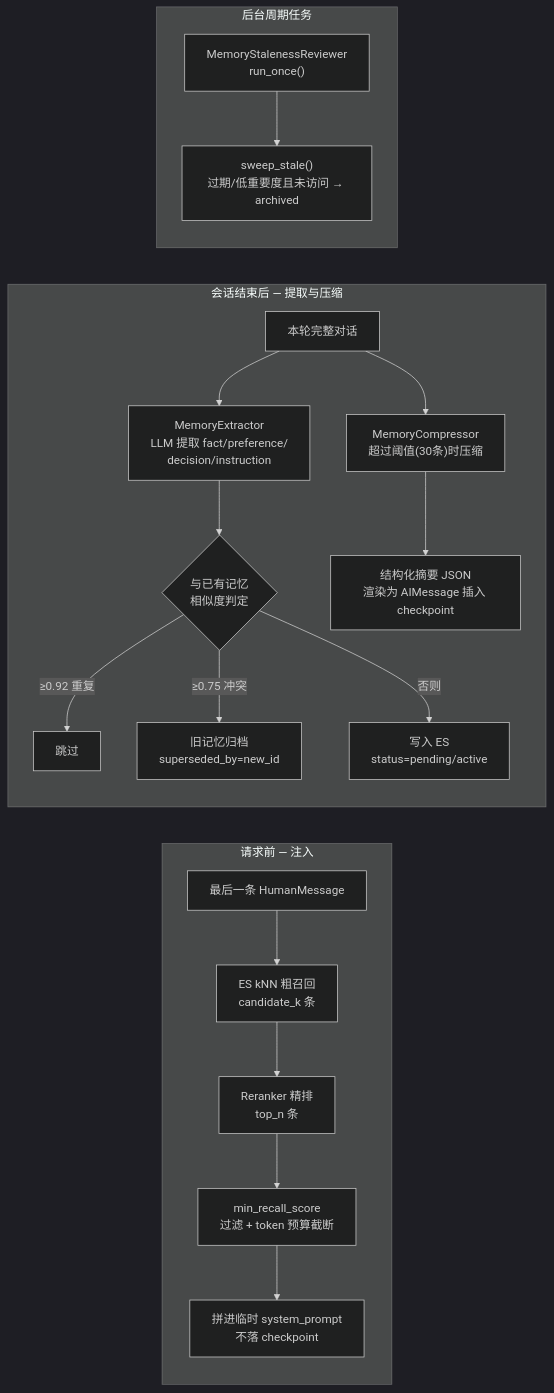
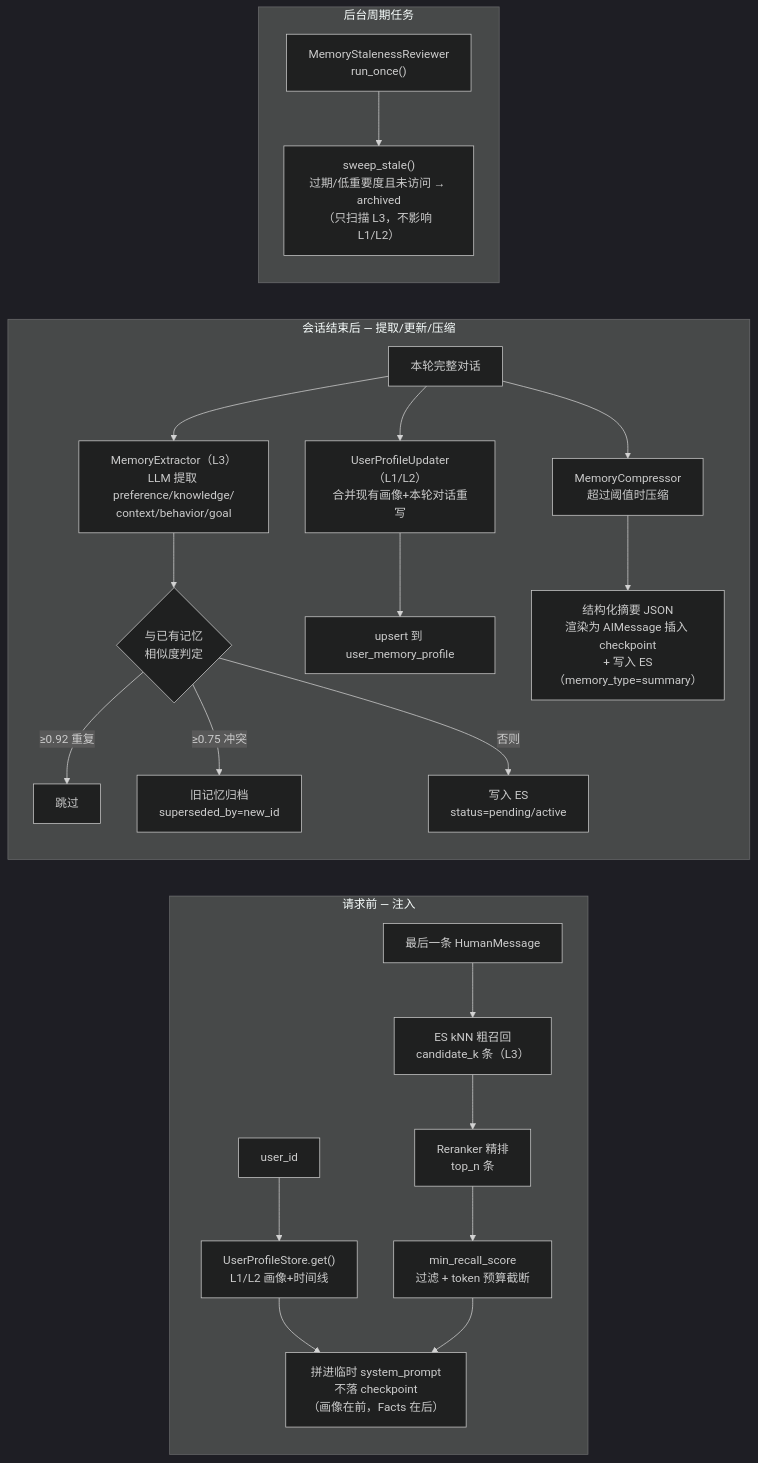
Before and after one commit to yujunxin1998/raster-agent: the fifth of 5 diagrams in docs/Agent架构设计文档.md, drawn with Mermaid (dark theme). The commit also changed other lines of this file and 2 other files, not shown here.

````diff
--- a/docs/Agent架构设计文档.md
+++ b/docs/Agent架构设计文档.md
@@ -308,23 +321,27 @@
 ```mermaid
 flowchart LR
     subgraph inject["请求前 — 注入"]
-        Q["最后一条 HumanMessage"] --> KNN["ES kNN 粗召回<br/>candidate_k 条"]
+        U["user_id"] --> PROFILE["UserProfileStore.get()<br/>L1/L2 画像+时间线"]
+        PROFILE --> SP["拼进临时 system_prompt<br/>不落 checkpoint<br/>（画像在前，Facts 在后）"]
+        Q["最后一条 HumanMessage"] --> KNN["ES kNN 粗召回<br/>candidate_k 条（L3）"]
         KNN --> RR["Reranker 精排<br/>top_n 条"]
         RR --> FILTER["min_recall_score<br/>过滤 + token 预算截断"]
-        FILTER --> SP["拼进临时 system_prompt<br/>不落 checkpoint"]
+        FILTER --> SP
     end
 
-    subgraph after["会话结束后 — 提取与压缩"]
-        MSG["本轮完整对话"] --> EXT["MemoryExtractor<br/>LLM 提取 fact/preference/<br/>decision/instruction"]
+    subgraph after["会话结束后 — 提取/更新/压缩"]
+        MSG["本轮完整对话"] --> EXT["MemoryExtractor（L3）<br/>LLM 提取 preference/knowledge/<br/>context/behavior/goal"]
         EXT --> DUP{"与已有记忆<br/>相似度判定"}
         DUP -->|"≥0.92 重复"| SKIP["跳过"]
         DUP -->|"≥0.75 冲突"| ARCHIVE["旧记忆归档<br/>superseded_by=new_id"]
         DUP -->|否则| SAVE["写入 ES<br/>status=pending/active"]
-        MSG --> COMP["MemoryCompressor<br/>超过阈值(30条)时压缩"]
-        COMP --> SUM["结构化摘要 JSON<br/>渲染为 AIMessage 插入 checkpoint"]
+        MSG --> PROF2["UserProfileUpdater（L1/L2）<br/>合并现有画像+本轮对话重写"]
+        PROF2 --> UPSERT["upsert 到 user_memory_profile"]
+        MSG --> COMP["MemoryCompressor<br/>超过阈值时压缩"]
+        COMP --> SUM["结构化摘要 JSON<br/>渲染为 AIMessage 插入 checkpoint<br/>+ 写入 ES（memory_type=summary）"]
     end
 
     subgraph stale["后台周期任务"]
-        SWEEP["MemoryStalenessReviewer<br/>run_once()"] --> ARCH2["sweep_stale()<br/>过期/低重要度且未访问 → archived"]
+        SWEEP["MemoryStalenessReviewer<br/>run_once()"] --> ARCH2["sweep_stale()<br/>过期/低重要度且未访问 → archived<br/>（只扫描 L3，不影响 L1/L2）"]
     end
 ```
````
